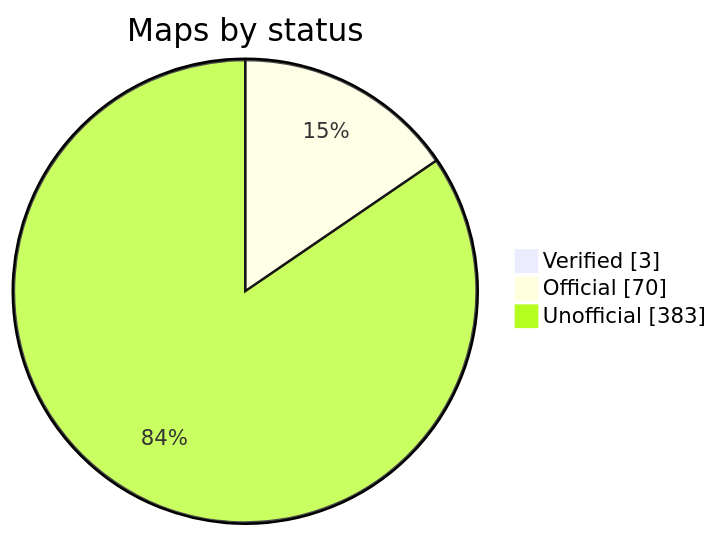
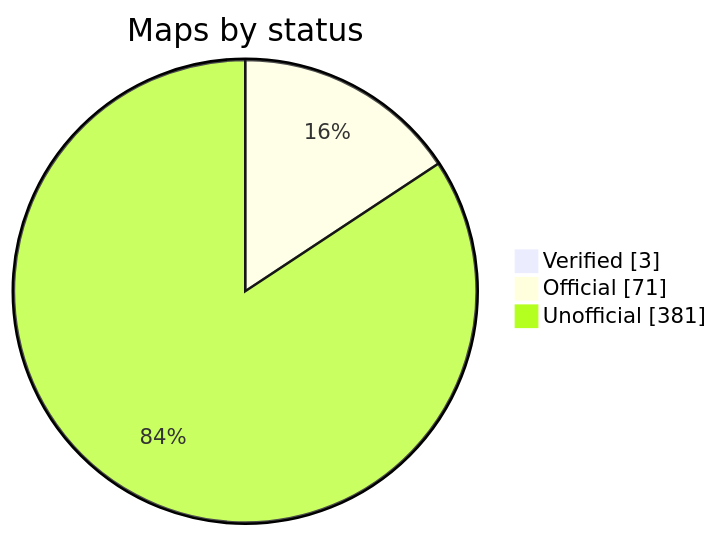
One commit to nobrega8/mbmap-library changed the diagram in README.md. Above: the diagram before and after it, drawn with Mermaid. The commit also changed 3 other files, not shown here.

````diff
--- a/README.md
+++ b/README.md
@@ -48,7 +48,7 @@
 ```mermaid
 pie showData
     title Maps by status
     "Verified" : 3
-    "Official" : 70
-    "Unofficial" : 383
+    "Official" : 71
+    "Unofficial" : 381
 ```
````
